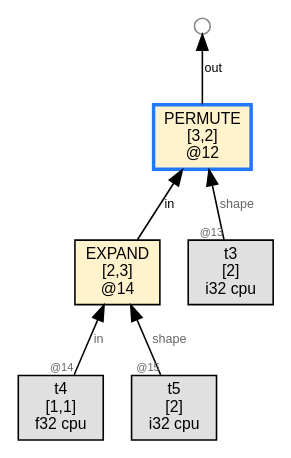
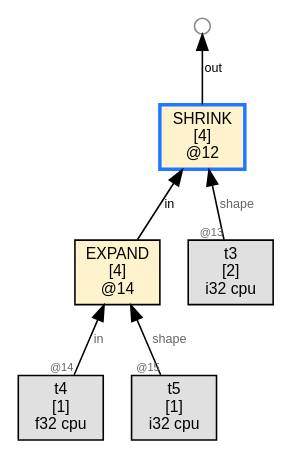
The diagram in wl/examples/thvm_graphs/grad_rules/gradu_poly/thvm_2_post_sweep.dot (sw1sh/TinyHVM), drawn with Graphviz before and after one commit. The commit also changed 3 other files, not shown here.

First line of the commit message:
grad: 103/104 — add shrink/pad/expand/mse e2e, expand+mse disabled (hit reshape assert)

```diff
--- a/wl/examples/thvm_graphs/grad_rules/gradu_poly/thvm_2_post_sweep.dot
+++ b/wl/examples/thvm_graphs/grad_rules/gradu_poly/thvm_2_post_sweep.dot
@@ -1,17 +1,17 @@
 digraph G {
   rankdir=BT;
   node [fontname="Helvetica", fontsize=10, style=filled, shape=box, margin="0.1,0.05"];
   edge [fontsize=8, fontname="Helvetica"];
 
-  n12 [label="PERMUTE\n[3,2]\n@12", shape=box, fillcolor="#fff3cd",color="#1f78ff",penwidth=2.2];
+  n12 [label="SHRINK\n[4]\n@12", shape=box, fillcolor="#fff3cd",color="#1f78ff",penwidth=2.2];
   n14 -> n12 [label="in"];
   t3 [label="t3\n[2]\ni32 cpu",shape=box,fillcolor="#e0e0e0"];
   t3 -> n12 [label="shape",taillabel="@13",labelfontsize=7,fontcolor="#666666"];
   free12_1000 [label="",shape=circle,width=0.14,height=0.14,fixedsize=true,fillcolor="#ffffff",color="#888888",fontsize=1];
   n12 -> free12_1000 [label="out"];
-  n14 [label="EXPAND\n[2,3]\n@14", shape=box, fillcolor="#fff3cd"];
-  t4 [label="t4\n[1,1]\nf32 cpu",shape=box,fillcolor="#e0e0e0"];
+  n14 [label="EXPAND\n[4]\n@14", shape=box, fillcolor="#fff3cd"];
+  t4 [label="t4\n[1]\nf32 cpu",shape=box,fillcolor="#e0e0e0"];
   t4 -> n14 [label="in",taillabel="@14",labelfontsize=7,fontcolor="#666666"];
-  t5 [label="t5\n[2]\ni32 cpu",shape=box,fillcolor="#e0e0e0"];
+  t5 [label="t5\n[1]\ni32 cpu",shape=box,fillcolor="#e0e0e0"];
   t5 -> n14 [label="shape",taillabel="@15",labelfontsize=7,fontcolor="#666666"];
 }
```
